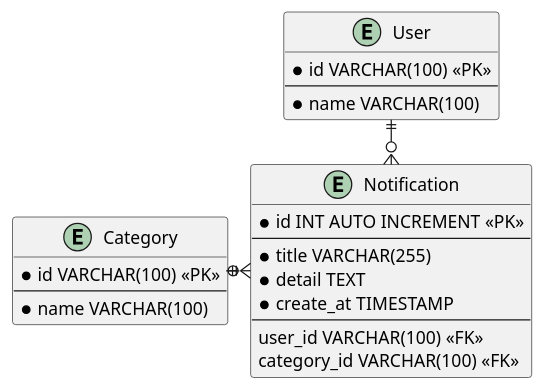
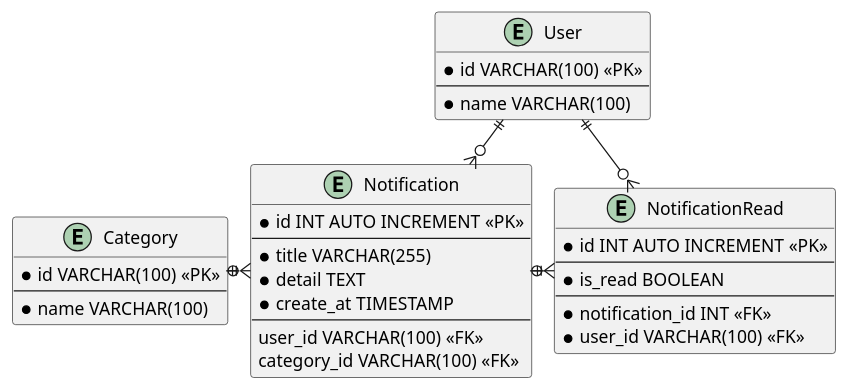
Before and after one commit to fkresna23/database-design-notification: the diagram in notification.puml, drawn with PlantUML. The commit also changed 1 other file, not shown here.

Commit message:
Design Database Notification Read/Unread

```diff
--- a/notification.puml
+++ b/notification.puml
@@ -1,30 +1,42 @@
 @startuml
 !pragma layout smetana
 entity User {
     * id VARCHAR(100) <<PK>>
     --
     * name VARCHAR(100)
 }
 
 entity Notification {
     * id INT AUTO INCREMENT <<PK>>
     --
     * title VARCHAR(255)
     * detail TEXT
     * create_at TIMESTAMP
     --
     user_id VARCHAR(100) <<FK>>
     category_id VARCHAR(100) <<FK>>
 }
 
 User ||--o{ Notification
 
 entity Category {
     * id VARCHAR(100) <<PK>>
     --
     * name VARCHAR(100)
 }
 
 Category ||-o{ Notification
 
+entity NotificationRead {
+    * id INT AUTO INCREMENT <<PK>>
+    --
+    * is_read BOOLEAN
+    --
+    * notification_id INT <<FK>>
+    * user_id VARCHAR(100) <<FK>>
+}
+
+Notification ||-o{ NotificationRead
+User ||--o{ NotificationRead
+
 @enduml
```
